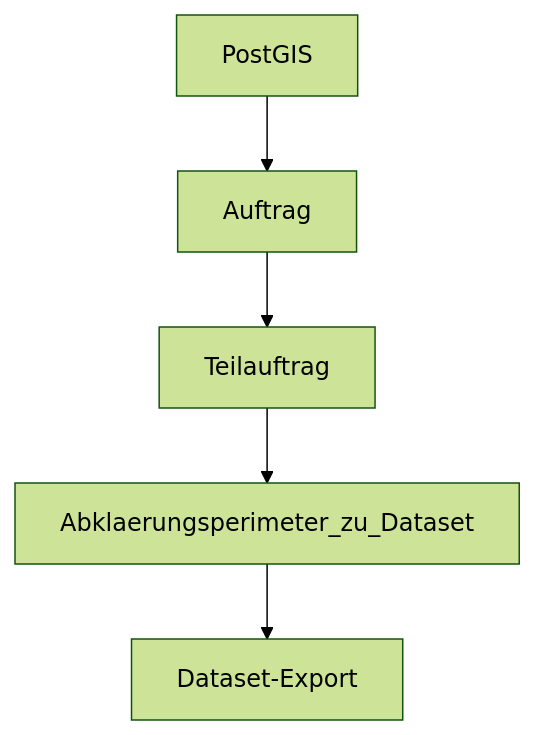
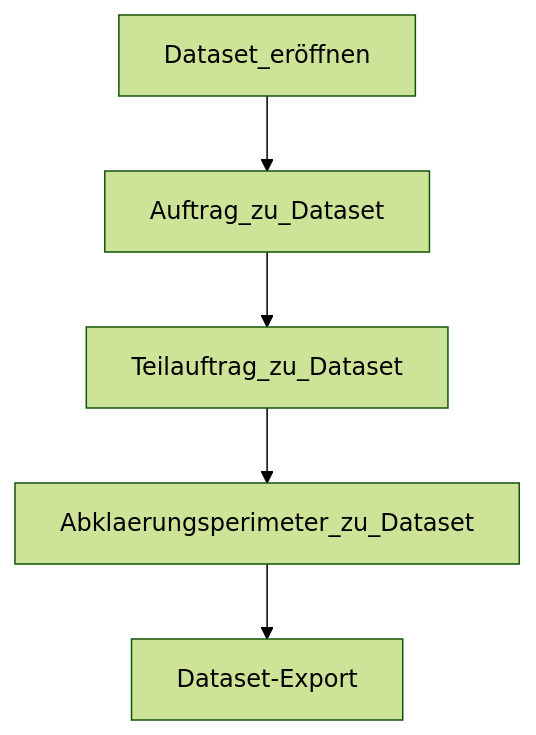
One commit to sogis/p-naturgefahren-ili changed the diagram in Dataflow.md. Above: the diagram before and after it, drawn with Mermaid (forest theme). The commit also changed other lines of this file and 2 other files, not shown here.

````diff
--- a/Dataflow.md
+++ b/Dataflow.md
@@ -34,4 +34,4 @@
 ```mermaid
   graph TD;
-      PostGIS-->Auftrag-->Teilauftrag-->Abklaerungsperimeter_zu_Dataset-->Dataset-Export;
+      Dataset_eröffnen-->Auftrag_zu_Dataset-->Teilauftrag_zu_Dataset-->Abklaerungsperimeter_zu_Dataset-->Dataset-Export;
 ```
````
